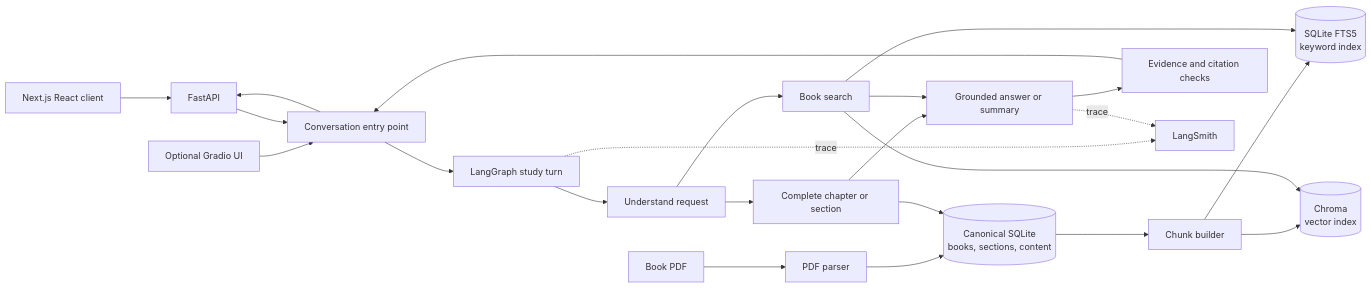
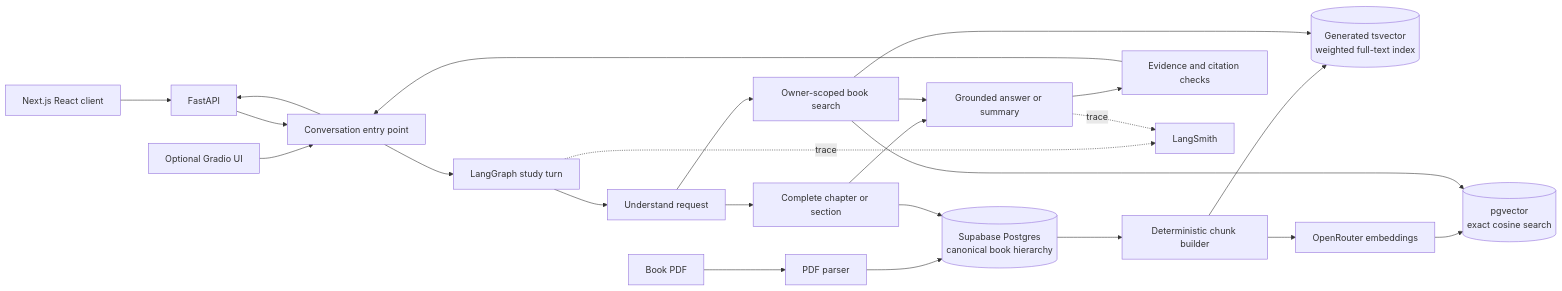
One commit to rabhishek100/agentic_study_partner changed the diagram in docs/architecture.md. Above: the diagram before and after it, drawn with Mermaid. The commit also changed other lines of this file and 66 other files, not shown here.

Commit message:
feat: migrate Postgres to Supabase and fix evaluations

````diff
--- a/docs/architecture.md
+++ b/docs/architecture.md
@@ -5,28 +7,29 @@
 ```mermaid
 flowchart LR
     PDF[Book PDF] --> Parse[PDF parser]
-    Parse --> Canonical[(Canonical SQLite<br/>books, sections, content)]
+    Parse --> Canonical[(Supabase Postgres<br/>canonical book hierarchy)]
 
-    Canonical --> Chunk[Chunk builder]
-    Chunk --> BM25[(SQLite FTS5<br/>keyword index)]
-    Chunk --> Vector[(Chroma<br/>vector index)]
+    Canonical --> Chunk[Deterministic chunk builder]
+    Chunk --> FTS[(Generated tsvector<br/>weighted full-text index)]
+    Chunk --> Embed[OpenRouter embeddings]
+    Embed --> Vector[(pgvector<br/>exact cosine search)]
 
     Next[Next.js React client] --> API[FastAPI]
     Gradio[Optional Gradio UI] --> Turn[Conversation entry point]
     API --> Turn
     Turn --> Graph[LangGraph study turn]
     Graph --> Plan[Understand request]
     Plan --> Scope[Complete chapter or section]
-    Plan --> Search[Book search]
+    Plan --> Search[Owner-scoped book search]
     Scope --> Canonical
-    Search --> BM25
+    Search --> FTS
     Search --> Vector
     Scope --> Answer[Grounded answer or summary]
     Search --> Answer
     Answer --> Check[Evidence and citation checks]
     Check --> Turn
     Turn --> API
 
     Graph -. trace .-> LangSmith[LangSmith]
     Answer -. trace .-> LangSmith
 ```
````
